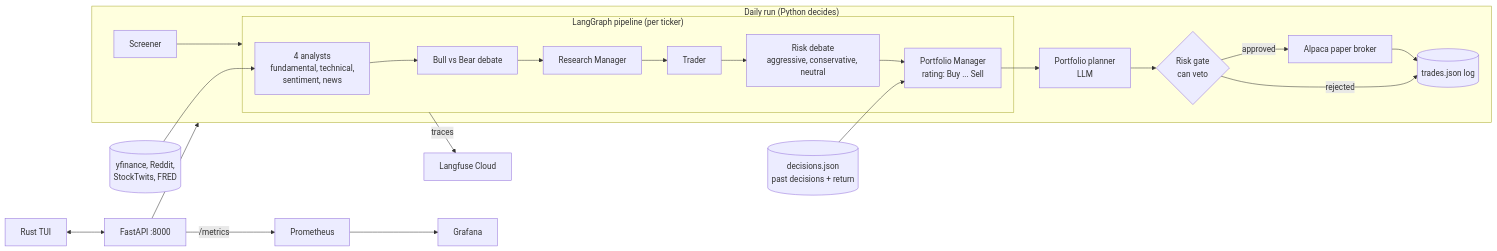
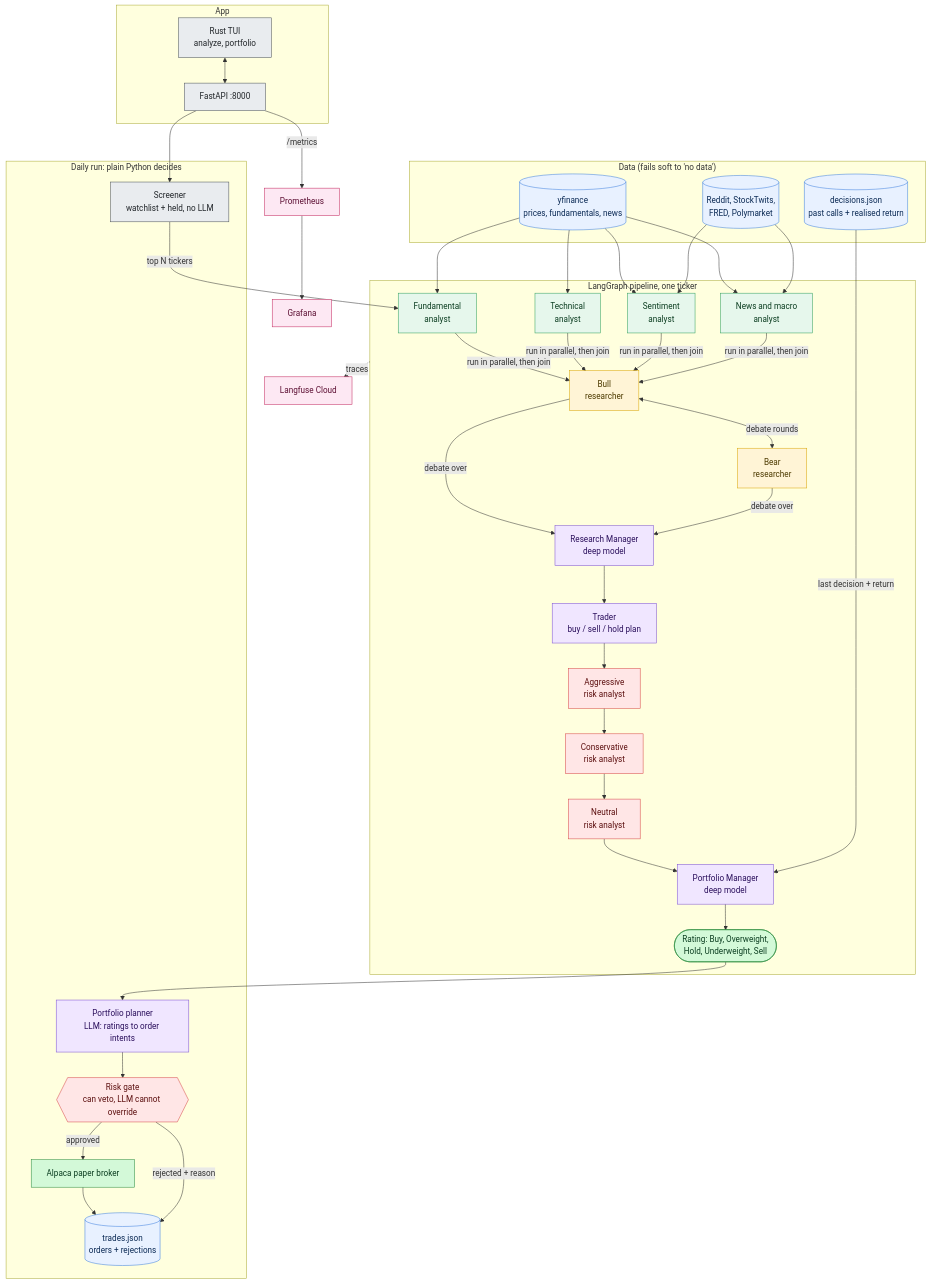
One commit to Samirkhairati/trading-agents changed the diagram in README.md. Above: the diagram before and after it, drawn with Mermaid. The commit also changed other lines of this file and 12 other files, not shown here.

Commit message:
Portfolio value chart and allocation pie in the TUI, seeded demo portfolio, TUI in the default compose stack, stop tracing /metrics scrapes

````diff
--- a/README.md
+++ b/README.md
@@ -7,27 +7,68 @@
 ```mermaid
-flowchart LR
-    subgraph Analysis["LangGraph pipeline (per ticker)"]
-        A[4 analysts<br/>fundamental, technical,<br/>sentiment, news] --> D[Bull vs Bear debate]
-        D --> RM[Research Manager]
-        RM --> T[Trader]
-        T --> R[Risk debate<br/>aggressive, conservative, neutral]
-        R --> PM[Portfolio Manager<br/>rating: Buy ... Sell]
+flowchart TB
+    classDef data fill:#e8f1ff,stroke:#3b7ddd,color:#0b2a55
+    classDef analyst fill:#e6f7ec,stroke:#2e9e5b,color:#0b3d20
+    classDef debate fill:#fff4d6,stroke:#d9a400,color:#4d3a00
+    classDef manager fill:#f0e6ff,stroke:#7a4fd1,color:#2a0f5c
+    classDef risk fill:#ffe6e6,stroke:#d64545,color:#5c0f0f
+    classDef code fill:#e9ecef,stroke:#495057,color:#212529
+    classDef out fill:#d3f9d8,stroke:#2b8a3e,color:#0b3d20
+    classDef obs fill:#fde8f3,stroke:#c2255c,color:#5c0f33
+
+    subgraph DATA["Data (fails soft to 'no data')"]
+        YF[(yfinance<br/>prices, fundamentals, news)]:::data
+        ALT[(Reddit, StockTwits,<br/>FRED, Polymarket)]:::data
+        MEM[(decisions.json<br/>past calls + realised return)]:::data
     end
 
-    Data[(yfinance, Reddit,<br/>StockTwits, FRED)] --> A
-    Mem[(decisions.json<br/>past decisions + return)] --> PM
-
-    subgraph Daily["Daily run (Python decides)"]
-        S[Screener] --> Analysis
-        PM --> P[Portfolio planner<br/>LLM]
-        P --> G{Risk gate<br/>can veto}
-        G -->|approved| B[Alpaca paper broker]
-        G -->|rejected| L[(trades.json log)]
-        B --> L
+    subgraph PIPE["LangGraph pipeline, one ticker"]
+        FA[Fundamental<br/>analyst]:::analyst
+        TA[Technical<br/>analyst]:::analyst
+        SA[Sentiment<br/>analyst]:::analyst
+        NA[News and macro<br/>analyst]:::analyst
+        BULL[Bull<br/>researcher]:::debate
+        BEAR[Bear<br/>researcher]:::debate
+        RM[Research Manager<br/>deep model]:::manager
+        TR[Trader<br/>buy / sell / hold plan]:::manager
+        AGG[Aggressive<br/>risk analyst]:::risk
+        CON[Conservative<br/>risk analyst]:::risk
+        NEU[Neutral<br/>risk analyst]:::risk
+        PM[Portfolio Manager<br/>deep model]:::manager
+        RATING([Rating: Buy, Overweight,<br/>Hold, Underweight, Sell]):::out
     end
 
-    UI[Rust TUI] <--> API[FastAPI :8000]
-    API --> Daily
-    API -->|/metrics| Prom[Prometheus] --> Graf[Grafana]
-    Analysis -->|traces| LF[Langfuse Cloud]
+    YF --> FA & TA & SA & NA
+    ALT --> SA & NA
+    FA & TA & SA & NA -->|run in parallel, then join| BULL
+    BULL <-->|debate rounds| BEAR
+    BULL -->|debate over| RM
+    BEAR -->|debate over| RM
+    RM --> TR
+    TR --> AGG --> CON --> NEU
+    NEU --> PM
+    MEM -->|last decision + return| PM
+    PM --> RATING
+
+    subgraph DAILY["Daily run: plain Python decides"]
+        SCR[Screener<br/>watchlist + held, no LLM]:::code
+        PLAN[Portfolio planner<br/>LLM: ratings to order intents]:::manager
+        GATE{{Risk gate<br/>can veto, LLM cannot override}}:::risk
+        BRK[Alpaca paper broker]:::out
+        LOG[(trades.json<br/>orders + rejections)]:::data
+    end
+
+    SCR -->|top N tickers| FA
+    RATING --> PLAN --> GATE
+    GATE -->|approved| BRK --> LOG
+    GATE -->|rejected + reason| LOG
+
+    subgraph APP["App"]
+        TUI[Rust TUI<br/>analyze, portfolio]:::code
+        API[FastAPI :8000]:::code
+    end
+
+    TUI <--> API
+    API --> SCR
+    API -->|/metrics| PROM[Prometheus]:::obs --> GRAF[Grafana]:::obs
+    PIPE -.->|traces| LF[Langfuse Cloud]:::obs
 ```
````
